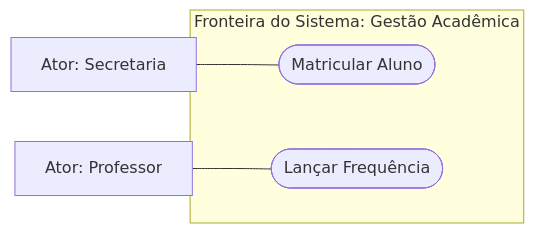
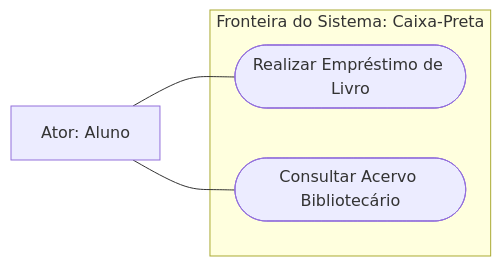
Before and after one commit to murilolol/unifef: diagram 11 of 30 in 4º Semestre/[Prof. Wesley Soares] Engenharia de Software II/Resumos-IA/Caderno-Consolidado.md, drawn with Mermaid. The commit also changed other lines of this file and 58 other files, not shown here.

````diff
--- a/4º Semestre/[Prof. Wesley Soares] Engenharia de Software II/Resumos-IA/Caderno-Consolidado.md
+++ b/4º Semestre/[Prof. Wesley Soares] Engenharia de Software II/Resumos-IA/Caderno-Consolidado.md
@@ -596,9 +475,10 @@
 ```mermaid
 flowchart LR
-  subgraph Sistema["Fronteira do Sistema: Gestão Acadêmica"]
-    UC1(["Matricular Aluno"])
-    UC2(["Lançar Frequência"])
+  subgraph Sistema["Fronteira do Sistema: Caixa-Preta"]
+    UC1(["Realizar Empréstimo de Livro"])
+    UC2(["Consultar Acervo Bibliotecário"])
   end
-  Secretaria["Ator: Secretaria"] --- UC1
-  Professor["Ator: Professor"] --- UC2
+
+  Usuario["Ator: Aluno"] --- UC1
+  Usuario --- UC2
 ```
````
